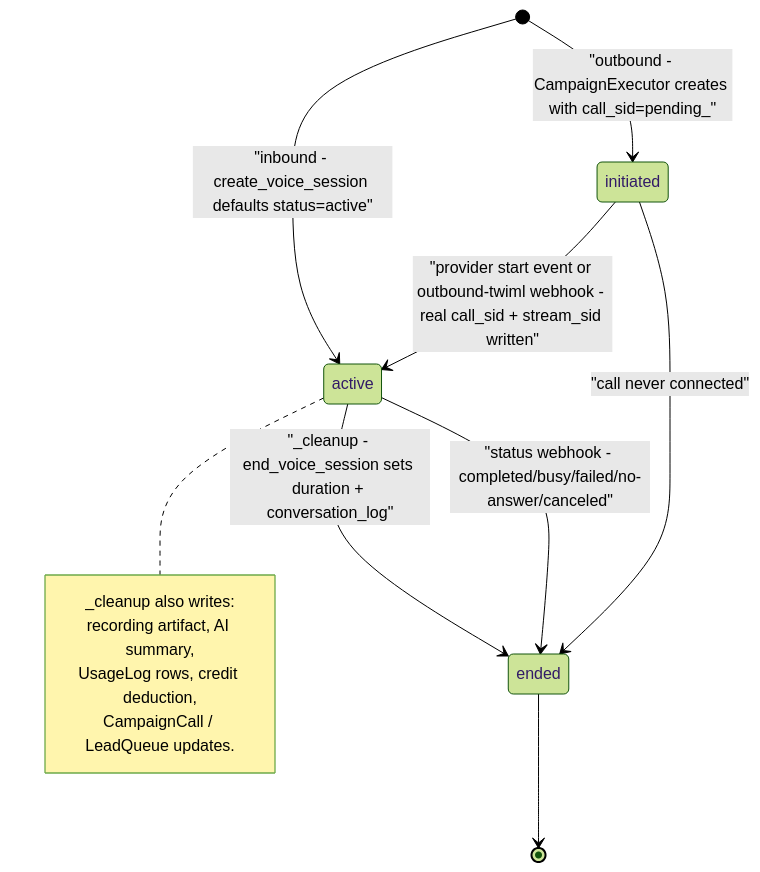
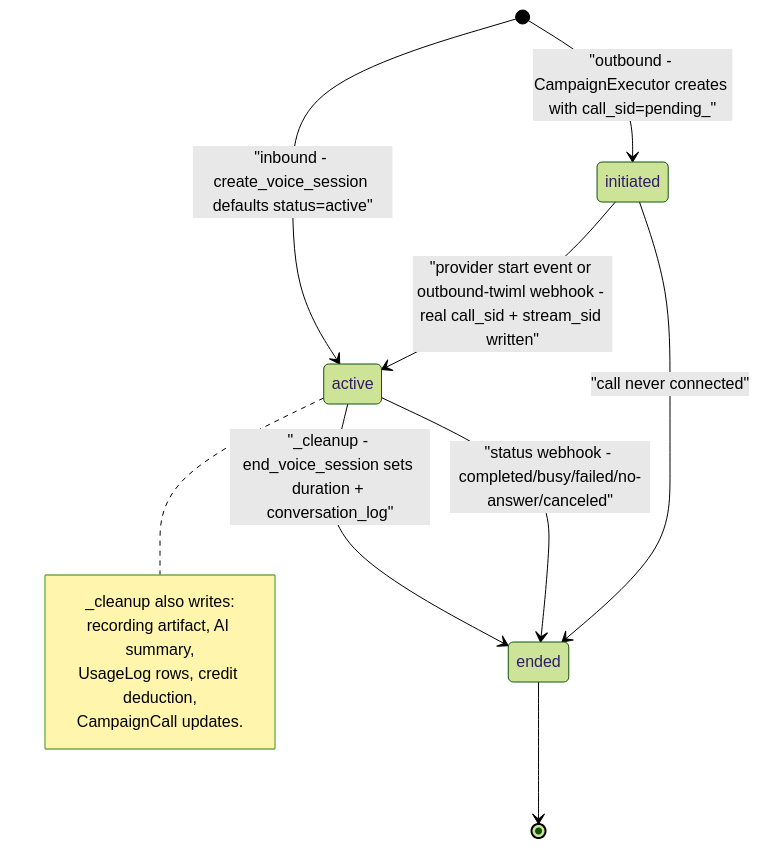
Diagram 21 of 32 in docs/current/12-voice-and-telephony.md (gondolerahul/hire-buddha-app), drawn with Mermaid (forest theme) before and after one commit. The commit also changed other lines of this file and 14 other files, not shown here.

First line of the commit message:
refactor(voice): delete the lead queue nothing drained (SA-08)

````diff
--- a/docs/current/12-voice-and-telephony.md
+++ b/docs/current/12-voice-and-telephony.md
@@ -977,17 +977,17 @@
 ```mermaid
 stateDiagram-v2
     [*] --> initiated : "outbound - CampaignExecutor creates with call_sid=pending_<uuid>"
     [*] --> active : "inbound - create_voice_session defaults status=active"
     initiated --> active : "provider start event or outbound-twiml webhook - real call_sid + stream_sid written"
     active --> ended : "_cleanup - end_voice_session sets duration + conversation_log"
     active --> ended : "status webhook - completed/busy/failed/no-answer/canceled"
     initiated --> ended : "call never connected"
     ended --> [*]
 
     note right of active
         _cleanup also writes:
         recording artifact, AI summary,
         UsageLog rows, credit deduction,
-        CampaignCall / LeadQueue updates.
+        CampaignCall updates.
     end note
 ```
````
